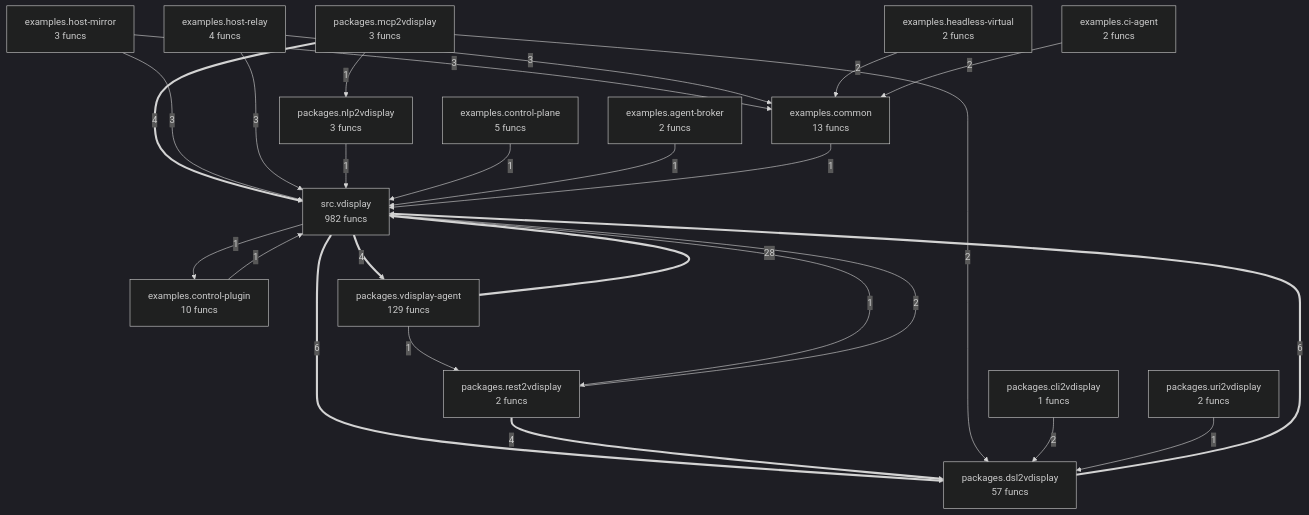
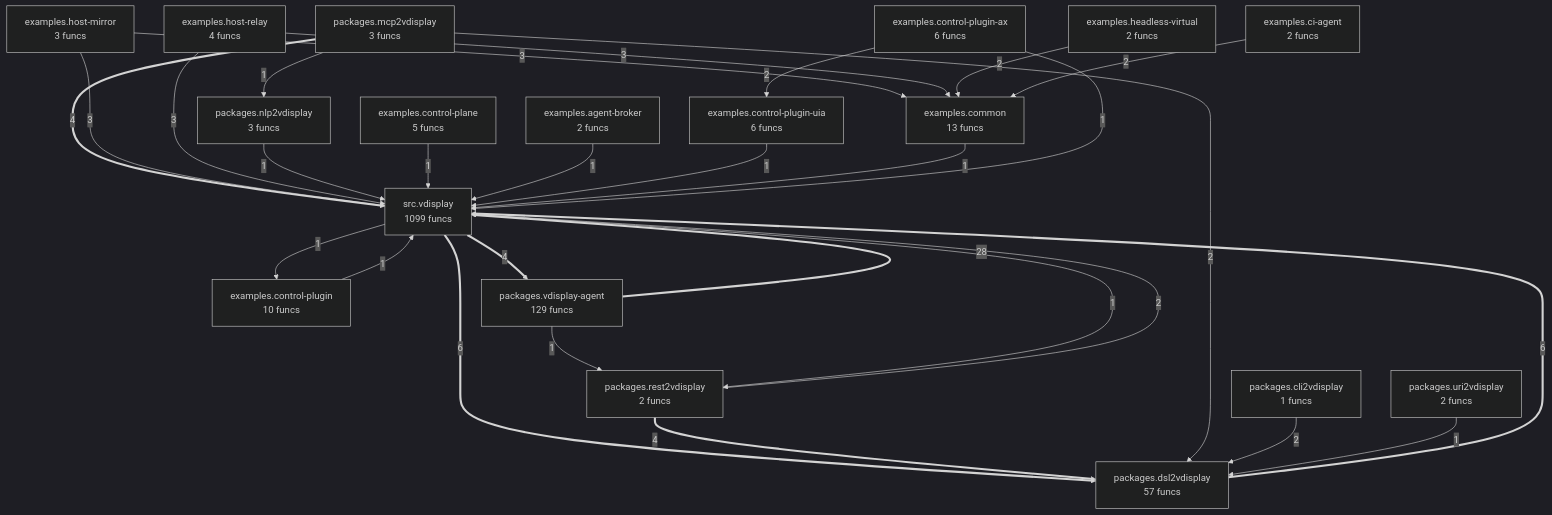
One commit to wronai/vdisplay changed the diagram in project/compact_flow.mmd. Above: the diagram before and after it, drawn with Mermaid (dark theme). The commit also changed 93 other files, not shown here.

```diff
--- a/project/compact_flow.mmd
+++ b/project/compact_flow.mmd
@@ -1,43 +1,48 @@
 flowchart TD
-%% generated in 0.06s
+%% generated in 0.05s
     examples__agent_broker["examples.agent-broker<br/>2 funcs"]
     examples__ci_agent["examples.ci-agent<br/>2 funcs"]
     examples__common["examples.common<br/>13 funcs"]
     examples__control_plane["examples.control-plane<br/>5 funcs"]
     examples__control_plugin["examples.control-plugin<br/>10 funcs"]
+    examples__control_plugin_ax["examples.control-plugin-ax<br/>6 funcs"]
+    examples__control_plugin_uia["examples.control-plugin-uia<br/>6 funcs"]
     examples__headless_virtual["examples.headless-virtual<br/>2 funcs"]
     examples__host_mirror["examples.host-mirror<br/>3 funcs"]
     examples__host_relay["examples.host-relay<br/>4 funcs"]
     packages__cli2vdisplay["packages.cli2vdisplay<br/>1 funcs"]
     packages__dsl2vdisplay["packages.dsl2vdisplay<br/>57 funcs"]
     packages__mcp2vdisplay["packages.mcp2vdisplay<br/>3 funcs"]
     packages__nlp2vdisplay["packages.nlp2vdisplay<br/>3 funcs"]
     packages__rest2vdisplay["packages.rest2vdisplay<br/>2 funcs"]
     packages__uri2vdisplay["packages.uri2vdisplay<br/>2 funcs"]
     packages__vdisplay_agent["packages.vdisplay-agent<br/>129 funcs"]
-    src__vdisplay["src.vdisplay<br/>982 funcs"]
+    src__vdisplay["src.vdisplay<br/>1099 funcs"]
     packages__vdisplay_agent ==>|28| src__vdisplay
     packages__dsl2vdisplay ==>|6| src__vdisplay
     src__vdisplay ==>|6| packages__dsl2vdisplay
     packages__mcp2vdisplay ==>|4| src__vdisplay
     packages__rest2vdisplay ==>|4| packages__dsl2vdisplay
     src__vdisplay ==>|4| packages__vdisplay_agent
     examples__host_mirror -->|3| src__vdisplay
     examples__host_mirror -->|3| examples__common
     examples__host_relay -->|3| src__vdisplay
     examples__host_relay -->|3| examples__common
     packages__mcp2vdisplay -->|2| packages__dsl2vdisplay
     packages__cli2vdisplay -->|2| packages__dsl2vdisplay
     packages__rest2vdisplay -->|2| src__vdisplay
     examples__headless_virtual -->|2| examples__common
     examples__ci_agent -->|2| examples__common
+    examples__control_plugin_ax -->|2| examples__control_plugin_uia
     packages__mcp2vdisplay -->|1| packages__nlp2vdisplay
     packages__uri2vdisplay -->|1| packages__dsl2vdisplay
     packages__nlp2vdisplay -->|1| src__vdisplay
     packages__vdisplay_agent -->|1| packages__rest2vdisplay
     examples__control_plugin -->|1| src__vdisplay
     examples__control_plane -->|1| src__vdisplay
     examples__agent_broker -->|1| src__vdisplay
+    examples__control_plugin_uia -->|1| src__vdisplay
     examples__common -->|1| src__vdisplay
+    examples__control_plugin_ax -->|1| src__vdisplay
     src__vdisplay -->|1| packages__rest2vdisplay
     src__vdisplay -->|1| examples__control_plugin
```
